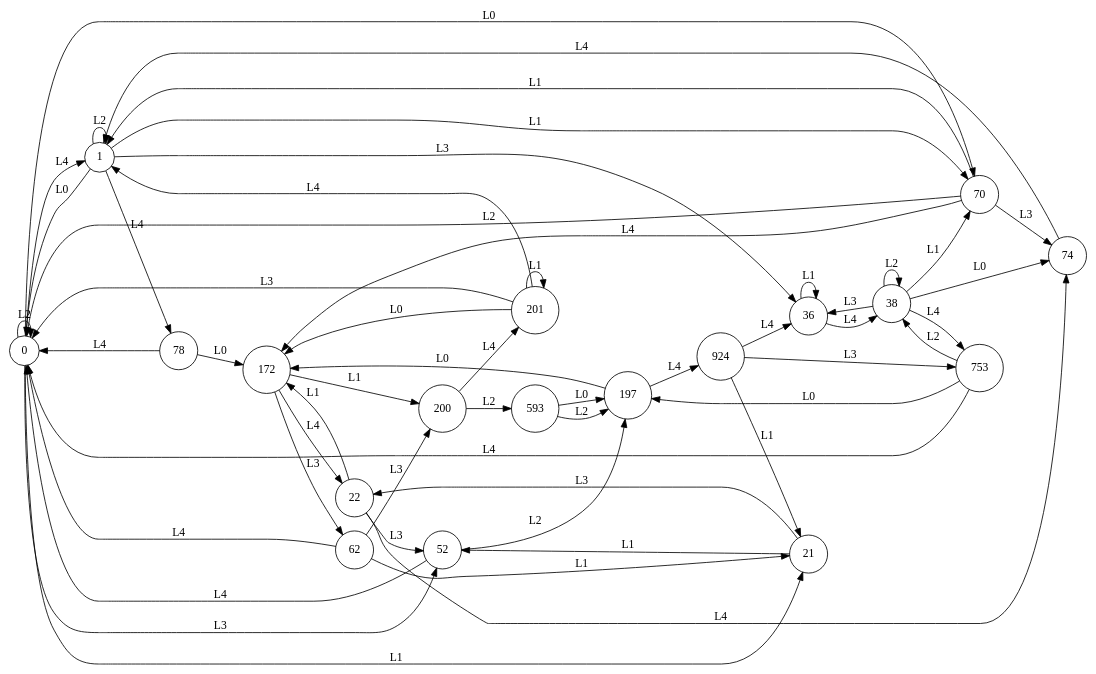
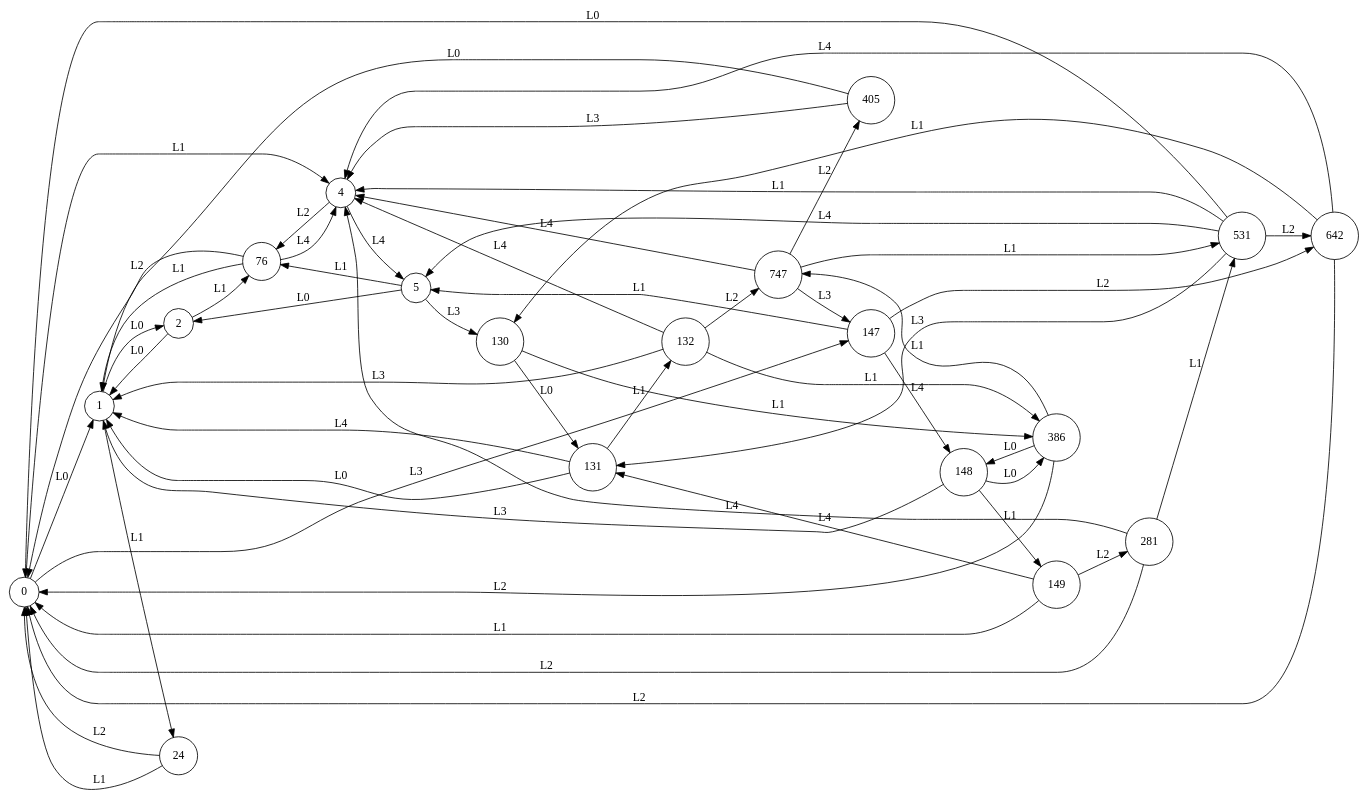
One commit to k85-ai/KB1 changed the diagram in learning_E0/learnt-automaton_10_2_5_8~0.dot. Above: the diagram before and after it, drawn with Graphviz. The commit also changed 403 other files, not shown here.

Commit message:
rerun basic edsm model and upload figure

```diff
--- a/learning_E0/learnt-automaton_10_2_5_8~0.dot
+++ b/learning_E0/learnt-automaton_10_2_5_8~0.dot
@@ -1,74 +1,77 @@
 digraph learntMachine {
   rankdir=LR;
   0 [shape=circle, label="0"];
   1 [shape=circle, label="1"];
-  21 [shape=circle, label="21"];
-  22 [shape=circle, label="22"];
-  36 [shape=circle, label="36"];
-  38 [shape=circle, label="38"];
-  52 [shape=circle, label="52"];
-  62 [shape=circle, label="62"];
-  70 [shape=circle, label="70"];
-  74 [shape=circle, label="74"];
-  78 [shape=circle, label="78"];
-  172 [shape=circle, label="172"];
-  197 [shape=circle, label="197"];
-  200 [shape=circle, label="200"];
-  201 [shape=circle, label="201"];
-  593 [shape=circle, label="593"];
-  753 [shape=circle, label="753"];
-  924 [shape=circle, label="924"];
-  0 -> 1 [label="L4"];
-  1 -> 70 [label="L1"];
-  0 -> 21 [label="L1"];
-  21 -> 22 [label="L3"];
-  22 -> 74 [label="L4"];
-  1 -> 36 [label="L3"];
-  36 -> 36 [label="L1"];
-  38 -> 36 [label="L3"];
-  0 -> 52 [label="L3"];
-  52 -> 0 [label="L4"];
-  22 -> 172 [label="L1"];
-  62 -> 0 [label="L4"];
-  0 -> 70 [label="L0"];
-  70 -> 0 [label="L2"];
-  70 -> 74 [label="L3"];
-  74 -> 1 [label="L4"];
-  0 -> 0 [label="L2"];
-  1 -> 78 [label="L4"];
-  78 -> 172 [label="L0"];
-  1 -> 1 [label="L2"];
-  21 -> 52 [label="L1"];
-  70 -> 1 [label="L1"];
-  1 -> 0 [label="L0"];
-  70 -> 172 [label="L4"];
-  172 -> 22 [label="L4"];
-  52 -> 197 [label="L2"];
-  197 -> 172 [label="L0"];
-  200 -> 201 [label="L4"];
-  201 -> 0 [label="L3"];
-  38 -> 74 [label="L0"];
-  38 -> 38 [label="L2"];
-  200 -> 593 [label="L2"];
-  593 -> 197 [label="L0"];
-  22 -> 52 [label="L3"];
-  753 -> 197 [label="L0"];
-  62 -> 21 [label="L1"];
-  924 -> 36 [label="L4"];
-  38 -> 70 [label="L1"];
-  924 -> 21 [label="L1"];
-  62 -> 200 [label="L3"];
-  201 -> 172 [label="L0"];
-  38 -> 753 [label="L4"];
-  924 -> 753 [label="L3"];
-  201 -> 1 [label="L4"];
-  172 -> 62 [label="L3"];
-  172 -> 200 [label="L1"];
-  36 -> 38 [label="L4"];
-  201 -> 201 [label="L1"];
-  593 -> 197 [label="L2"];
-  197 -> 924 [label="L4"];
-  753 -> 38 [label="L2"];
-  753 -> 0 [label="L4"];
-  78 -> 0 [label="L4"];
+  2 [shape=circle, label="2"];
+  4 [shape=circle, label="4"];
+  5 [shape=circle, label="5"];
+  24 [shape=circle, label="24"];
+  76 [shape=circle, label="76"];
+  130 [shape=circle, label="130"];
+  131 [shape=circle, label="131"];
+  132 [shape=circle, label="132"];
+  147 [shape=circle, label="147"];
+  148 [shape=circle, label="148"];
+  149 [shape=circle, label="149"];
+  281 [shape=circle, label="281"];
+  386 [shape=circle, label="386"];
+  405 [shape=circle, label="405"];
+  531 [shape=circle, label="531"];
+  642 [shape=circle, label="642"];
+  747 [shape=circle, label="747"];
+  0 -> 1 [label="L0"];
+  1 -> 2 [label="L0"];
+  2 -> 76 [label="L1"];
+  0 -> 4 [label="L1"];
+  4 -> 5 [label="L4"];
+  5 -> 76 [label="L1"];
+  1 -> 24 [label="L1"];
+  24 -> 0 [label="L1"];
+  2 -> 1 [label="L0"];
+  5 -> 2 [label="L0"];
+  4 -> 76 [label="L2"];
+  76 -> 4 [label="L4"];
+  5 -> 130 [label="L3"];
+  130 -> 131 [label="L0"];
+  131 -> 132 [label="L1"];
+  132 -> 4 [label="L4"];
+  76 -> 0 [label="L2"];
+  147 -> 148 [label="L4"];
+  148 -> 149 [label="L1"];
+  149 -> 131 [label="L4"];
+  24 -> 0 [label="L2"];
+  76 -> 1 [label="L1"];
+  281 -> 531 [label="L1"];
+  130 -> 386 [label="L1"];
+  386 -> 0 [label="L2"];
+  148 -> 386 [label="L0"];
+  405 -> 1 [label="L0"];
+  531 -> 642 [label="L2"];
+  147 -> 642 [label="L2"];
+  642 -> 4 [label="L4"];
+  132 -> 386 [label="L1"];
+  386 -> 747 [label="L1"];
+  747 -> 147 [label="L3"];
+  132 -> 747 [label="L2"];
+  147 -> 5 [label="L1"];
+  642 -> 0 [label="L2"];
+  405 -> 4 [label="L3"];
+  642 -> 130 [label="L1"];
+  131 -> 1 [label="L0"];
+  0 -> 147 [label="L3"];
+  149 -> 281 [label="L2"];
+  281 -> 4 [label="L4"];
+  281 -> 0 [label="L2"];
+  747 -> 531 [label="L1"];
+  148 -> 1 [label="L3"];
+  149 -> 0 [label="L1"];
+  531 -> 5 [label="L4"];
+  386 -> 148 [label="L0"];
+  747 -> 405 [label="L2"];
+  747 -> 4 [label="L4"];
+  531 -> 131 [label="L3"];
+  531 -> 4 [label="L1"];
+  531 -> 0 [label="L0"];
+  131 -> 1 [label="L4"];
+  132 -> 1 [label="L3"];
 }
```
